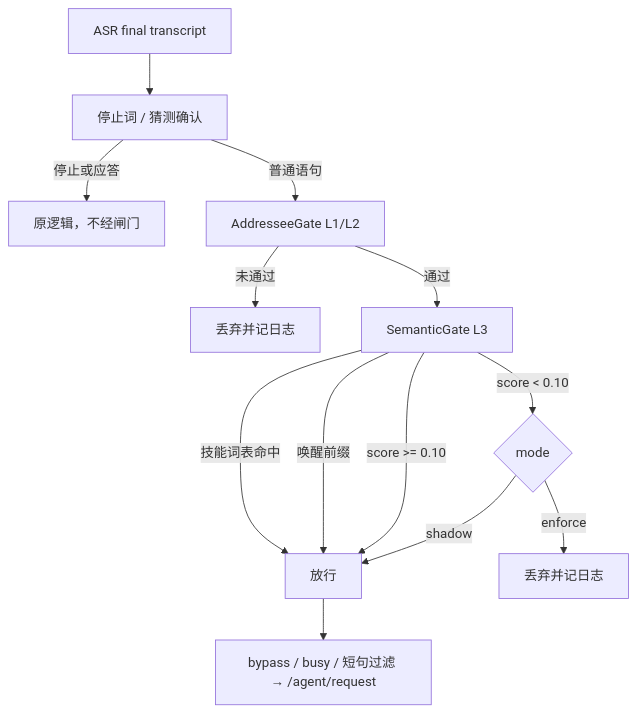
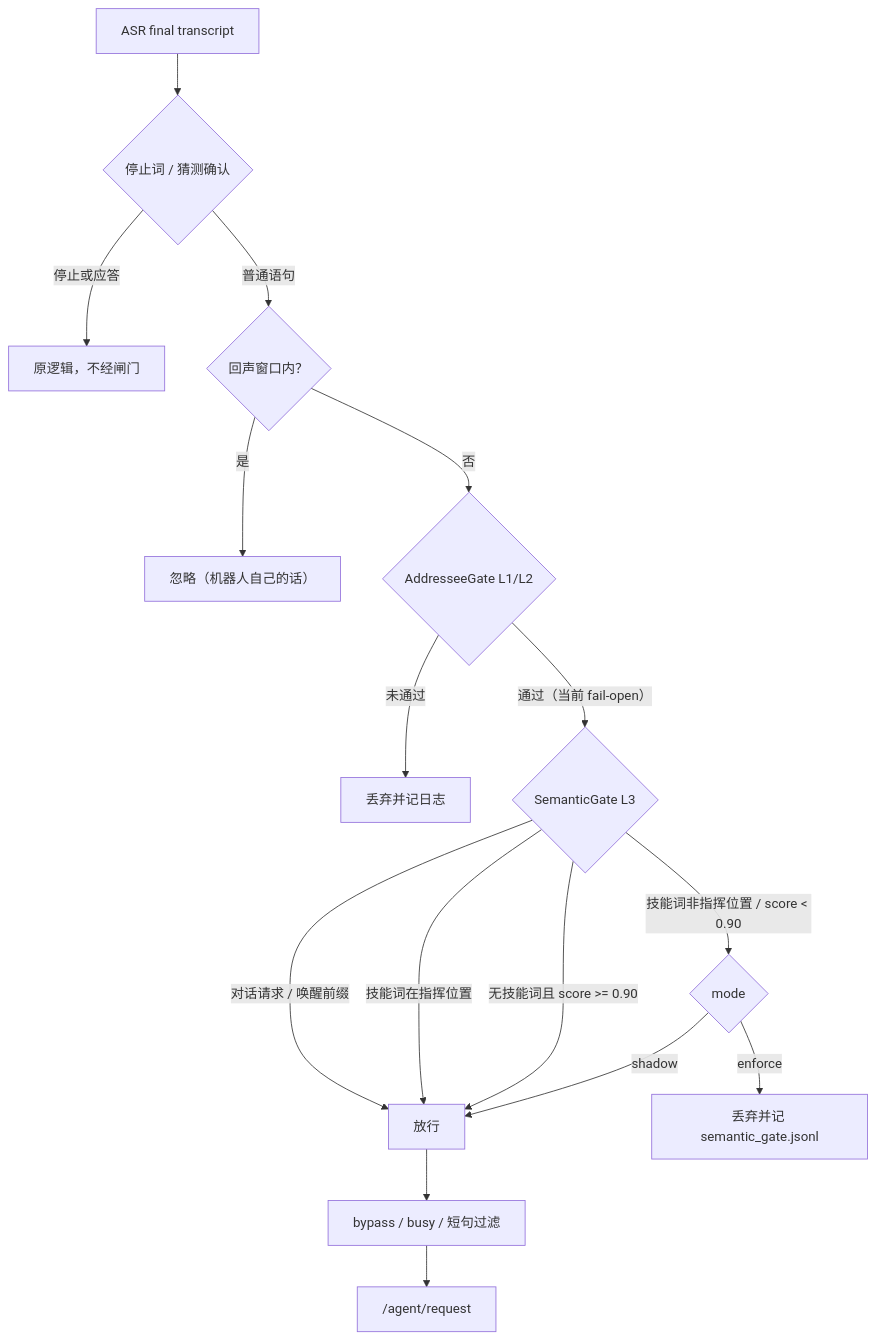
Before and after one commit to StoneStar-Aiknow/IB_Robot: the first of 3 diagrams in docs/aimdk_x2_addressee_semantic_gate_design_zh.md, drawn with Mermaid. The commit also changed other lines of this file, not shown here.

First line of the commit message:
docs: draw the deployed addressee gate chain

````diff
--- a/docs/aimdk_x2_addressee_semantic_gate_design_zh.md
+++ b/docs/aimdk_x2_addressee_semantic_gate_design_zh.md
@@ -226,15 +226,18 @@
 ```mermaid
 flowchart TD
-    A[ASR final transcript] --> B[停止词 / 猜测确认]
-    B -->|停止或应答| B1[原逻辑，不经闸门]
-    B -->|普通语句| C[AddresseeGate L1/L2]
-    C -->|未通过| C1[丢弃并记日志]
-    C -->|通过| D[SemanticGate L3]
-    D -->|技能词表命中| E[放行]
-    D -->|唤醒前缀| E
-    D -->|score >= 0.10| E
-    D -->|score < 0.10| F{mode}
-    F -->|shadow| E
-    F -->|enforce| G[丢弃并记日志]
-    E --> H[bypass / busy / 短句过滤 → /agent/request]
+    A["ASR final transcript"] --> B{"停止词 / 猜测确认"}
+    B -->|"停止或应答"| B1["原逻辑，不经闸门"]
+    B -->|"普通语句"| C{"回声窗口内？"}
+    C -->|"是"| C1["忽略（机器人自己的话）"]
+    C -->|"否"| D{"AddresseeGate L1/L2"}
+    D -->|"未通过"| D1["丢弃并记日志"]
+    D -->|"通过（当前 fail-open）"| E{"SemanticGate L3"}
+    E -->|"对话请求 / 唤醒前缀"| F["放行"]
+    E -->|"技能词在指挥位置"| F
+    E -->|"无技能词且 score >= 0.90"| F
+    E -->|"技能词非指挥位置 / score < 0.90"| G{"mode"}
+    G -->|"shadow"| F
+    G -->|"enforce"| H["丢弃并记 semantic_gate.jsonl"]
+    F --> I["bypass / busy / 短句过滤"]
+    I --> J["/agent/request"]
 ```
````
